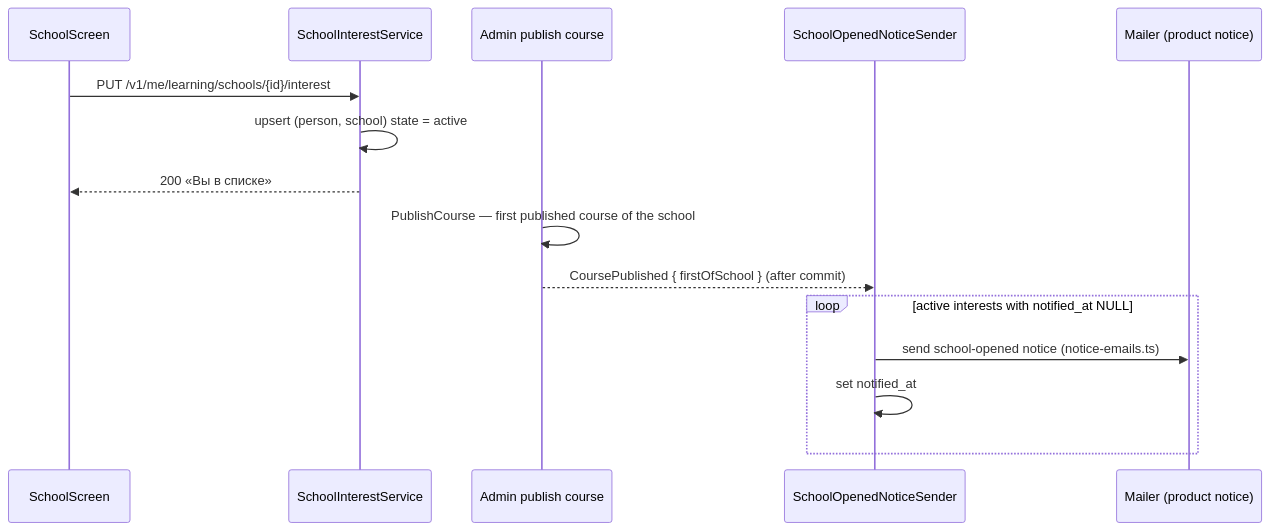
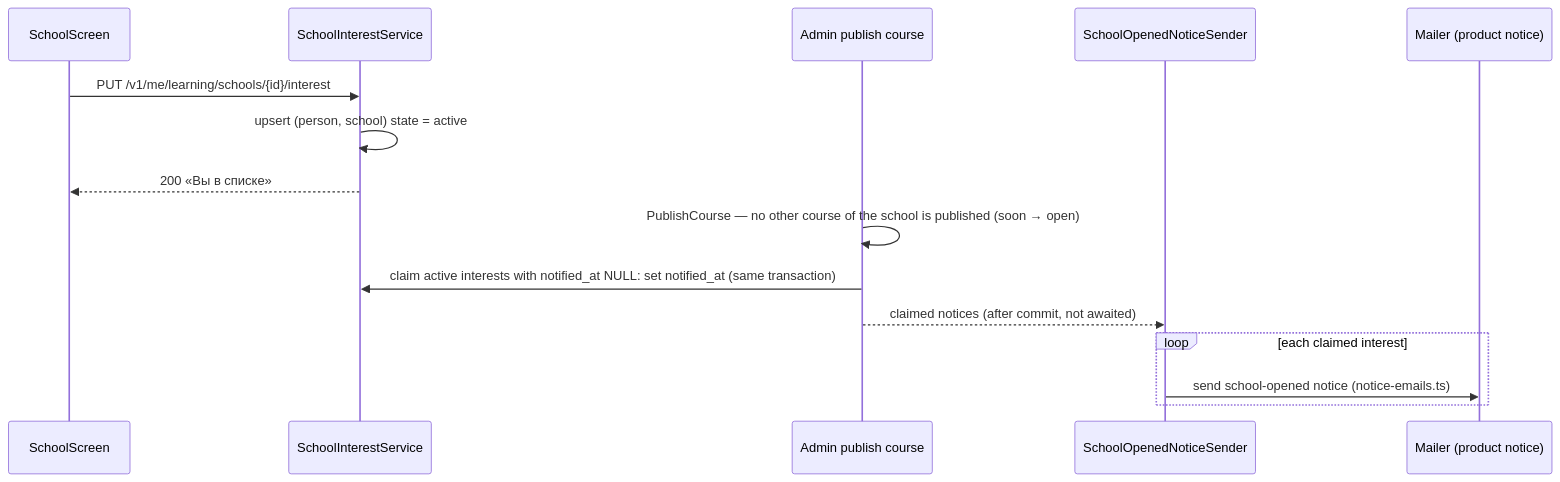
Before and after one commit to doctor-school/ds-platform: the fourth of 5 diagrams in apps/docs/content/specs/features/023-school-and-course/023-design.md, drawn with Mermaid. The commit also changed other lines of this file and 71 other files, not shown here.

First line of the commit message:
feat(4019): «скоро» school state, school interest and the school-opened notice (023 EARS-6, 7) (#4225)

````diff
--- a/apps/docs/content/specs/features/023-school-and-course/023-design.md
+++ b/apps/docs/content/specs/features/023-school-and-course/023-design.md
@@ -108,17 +108,17 @@
 ```mermaid
 sequenceDiagram
   participant B as SchoolScreen
   participant I as SchoolInterestService
   participant A as Admin publish course
   participant N as SchoolOpenedNoticeSender
   participant M as Mailer (product notice)
   B->>I: PUT /v1/me/learning/schools/{id}/interest
   I->>I: upsert (person, school) state = active
   I-->>B: 200 «Вы в списке»
-  A->>A: PublishCourse — first published course of the school
-  A-->>N: CoursePublished { firstOfSchool } (after commit)
-  loop active interests with notified_at NULL
+  A->>A: PublishCourse — no other course of the school is published (soon → open)
+  A->>I: claim active interests with notified_at NULL: set notified_at (same transaction)
+  A-->>N: claimed notices (after commit, not awaited)
+  loop each claimed interest
     N->>M: send school-opened notice (notice-emails.ts)
-    N->>N: set notified_at
   end
 ```
````
